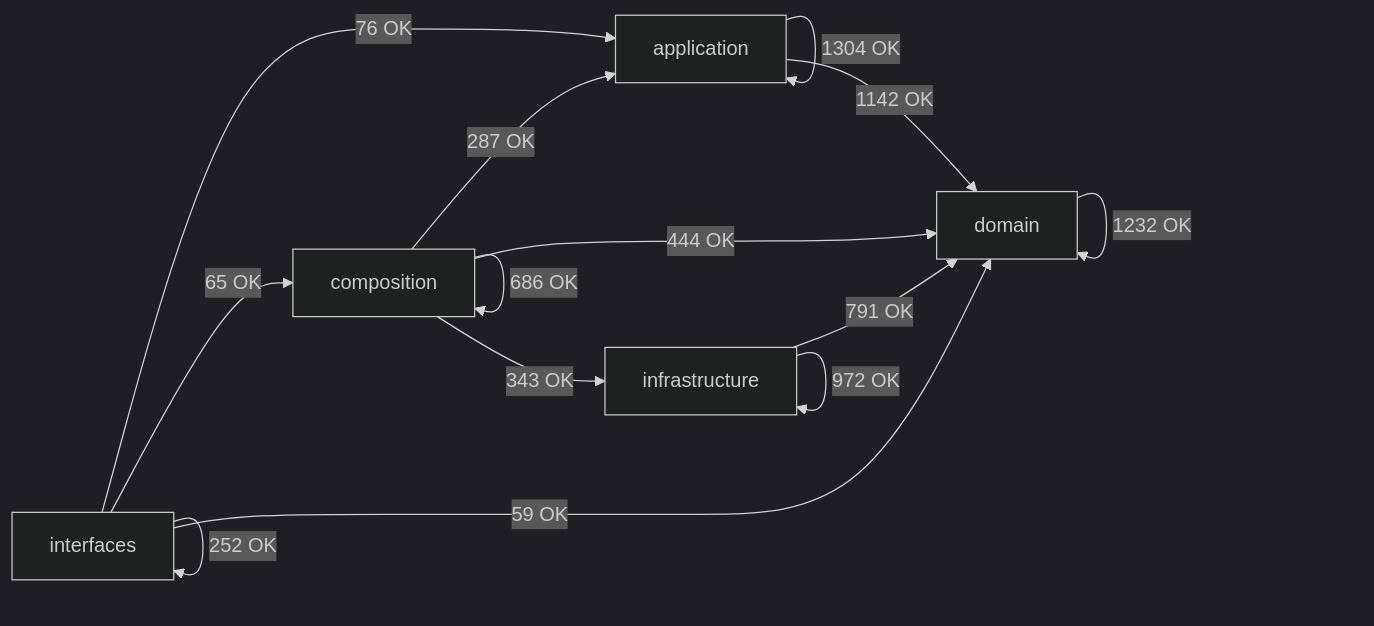
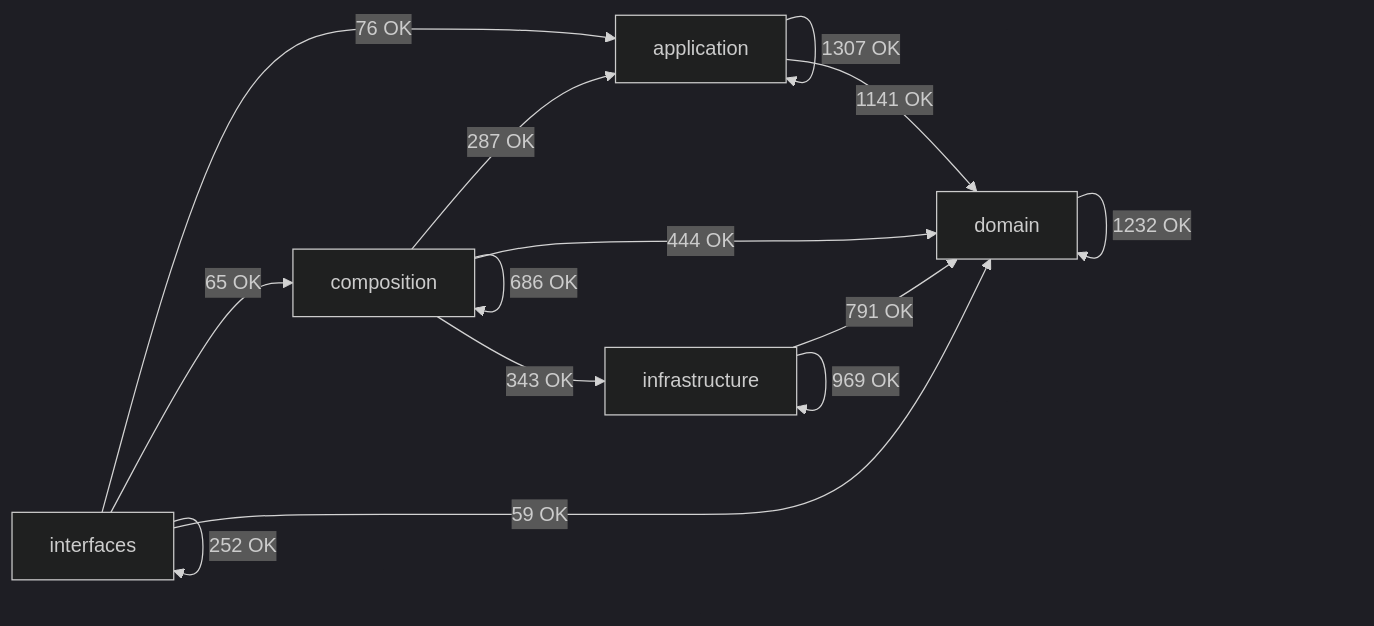
The diagram in docs/02-architecture/generated/module-dependency-map.md (SatoryKono/BioactivityDataAcquisition), drawn with Mermaid (dark theme) before and after one commit. The commit also changed other lines of this file and 66 other files, not shown here.

````diff
--- a/docs/02-architecture/generated/module-dependency-map.md
+++ b/docs/02-architecture/generated/module-dependency-map.md
@@ -17,21 +17,21 @@
 ```mermaid
 flowchart LR
     domain[domain]
     application[application]
     infrastructure[infrastructure]
     composition[composition]
     interfaces[interfaces]
-    application -->|1304 OK| application
-    application -->|1142 OK| domain
+    application -->|1307 OK| application
+    application -->|1141 OK| domain
     composition -->|287 OK| application
     composition -->|686 OK| composition
     composition -->|444 OK| domain
     composition -->|343 OK| infrastructure
     domain -->|1232 OK| domain
     infrastructure -->|791 OK| domain
-    infrastructure -->|972 OK| infrastructure
+    infrastructure -->|969 OK| infrastructure
     interfaces -->|76 OK| application
     interfaces -->|65 OK| composition
     interfaces -->|59 OK| domain
     interfaces -->|252 OK| interfaces
 ```
````
